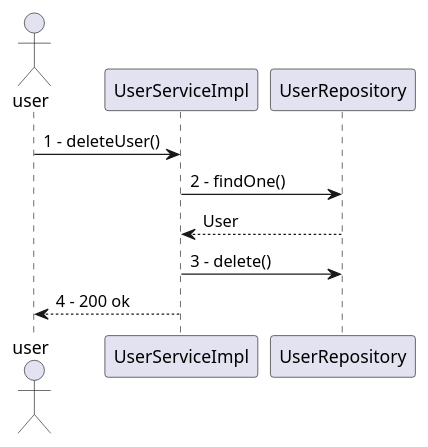
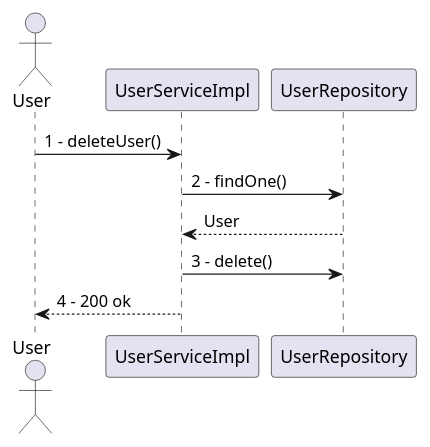
One commit to polito-se2-2020-team6/ezgas changed the seventh of 15 diagrams in docs/DesignDocument.md. Above: the diagram before and after it, drawn with PlantUML. The commit also changed other lines of this file, not shown here.

````diff
--- a/docs/DesignDocument.md
+++ b/docs/DesignDocument.md
@@ -503,10 +503,10 @@
 ```plantuml
 @startuml
-actor user as u
+actor User as u
 u -> UserServiceImpl : 1 - deleteUser()
 UserServiceImpl -> UserRepository : 2 - findOne()
 UserRepository --> UserServiceImpl : User
 UserServiceImpl -> UserRepository : 3 - delete()
 UserServiceImpl --> u : 4 - 200 ok
 @enduml
 ```
````
